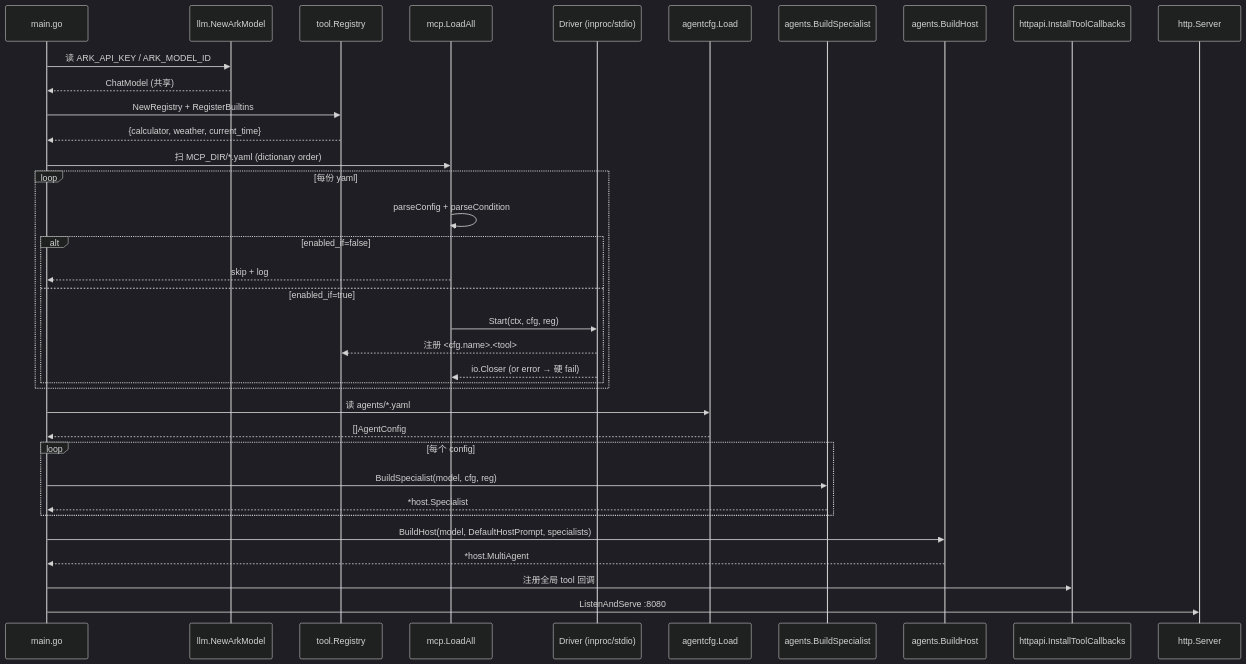
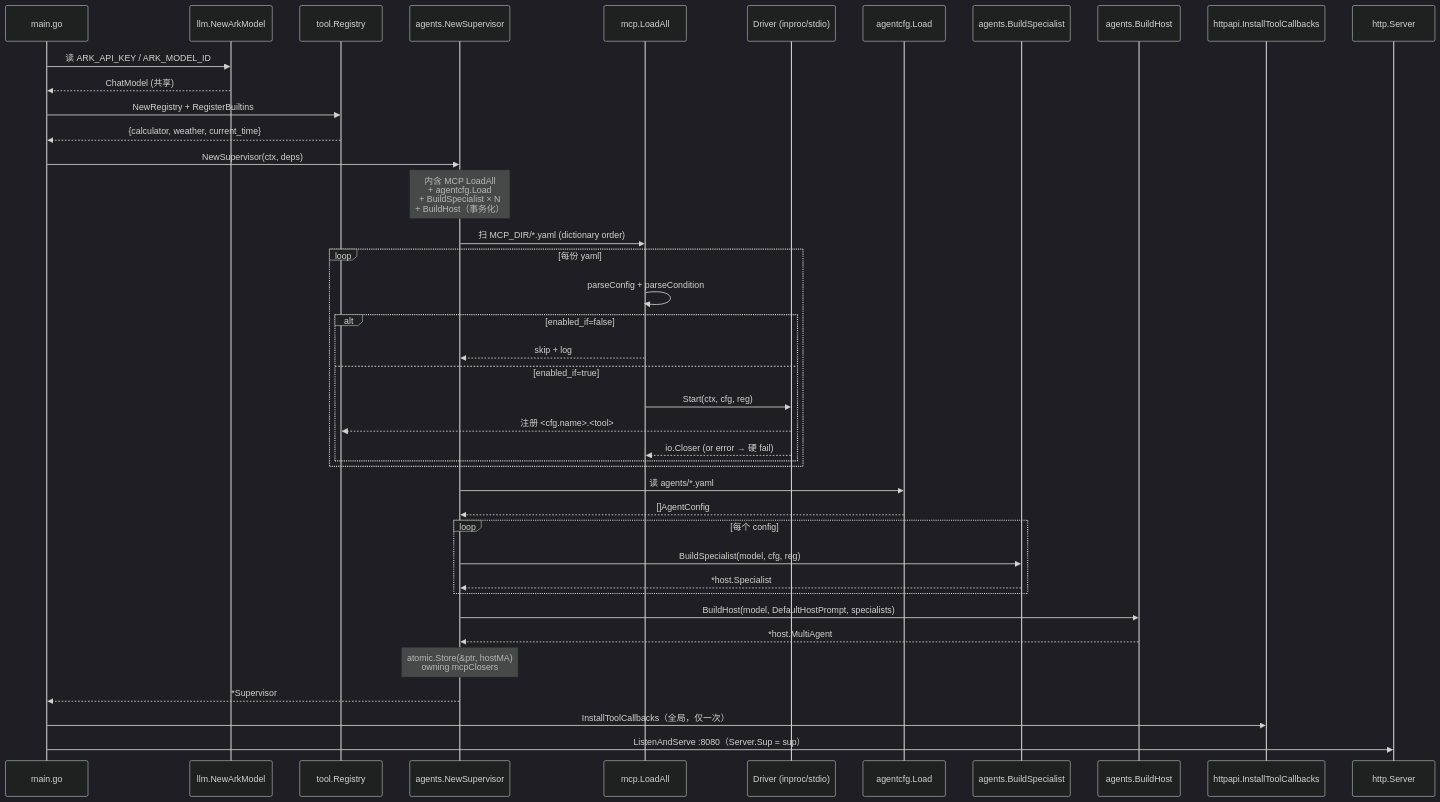
Before and after one commit to mlliu920423-beep/first-agentInK8s: the second of 4 diagrams in ARCHITECTURE.md, drawn with Mermaid (dark theme). The commit also changed other lines of this file and 13 other files, not shown here.

First line of the commit message:
feat(agents): Registry 可变 + Supervisor + Host 原子 swap（phase 2）(#7)

````diff
--- a/ARCHITECTURE.md
+++ b/ARCHITECTURE.md
@@ -111,39 +113,44 @@
 ```mermaid
 sequenceDiagram
   participant M as main.go
   participant LLM as llm.NewArkModel
   participant Reg as tool.Registry
+  participant Sup as agents.NewSupervisor
   participant Loader as mcp.LoadAll
   participant Drv as Driver (inproc/stdio)
   participant Cfg as agentcfg.Load
   participant Build as agents.BuildSpecialist
   participant Host as agents.BuildHost
   participant CB as httpapi.InstallToolCallbacks
   participant HTTP as http.Server
 
   M->>LLM: 读 ARK_API_KEY / ARK_MODEL_ID
   LLM-->>M: ChatModel (共享)
   M->>Reg: NewRegistry + RegisterBuiltins
   Reg-->>M: {calculator, weather, current_time}
-  M->>Loader: 扫 MCP_DIR/*.yaml (dictionary order)
+  M->>Sup: NewSupervisor(ctx, deps)
+  Note over Sup: 内含 MCP LoadAll<br/>+ agentcfg.Load<br/>+ BuildSpecialist × N<br/>+ BuildHost（事务化）
+  Sup->>Loader: 扫 MCP_DIR/*.yaml (dictionary order)
   loop 每份 yaml
     Loader->>Loader: parseConfig + parseCondition
     alt enabled_if=false
-      Loader-->>M: skip + log
+      Loader-->>Sup: skip + log
     else enabled_if=true
       Loader->>Drv: Start(ctx, cfg, reg)
       Drv-->>Reg: 注册 <cfg.name>.<tool>
       Drv-->>Loader: io.Closer (or error → 硬 fail)
     end
   end
-  M->>Cfg: 读 agents/*.yaml
-  Cfg-->>M: []AgentConfig
+  Sup->>Cfg: 读 agents/*.yaml
+  Cfg-->>Sup: []AgentConfig
   loop 每个 config
-    M->>Build: BuildSpecialist(model, cfg, reg)
-    Build-->>M: *host.Specialist
+    Sup->>Build: BuildSpecialist(model, cfg, reg)
+    Build-->>Sup: *host.Specialist
   end
-  M->>Host: BuildHost(model, DefaultHostPrompt, specialists)
-  Host-->>M: *host.MultiAgent
-  M->>CB: 注册全局 tool 回调
-  M->>HTTP: ListenAndServe :8080
+  Sup->>Host: BuildHost(model, DefaultHostPrompt, specialists)
+  Host-->>Sup: *host.MultiAgent
+  Note over Sup: atomic.Store(&ptr, hostMA)<br/>owning mcpClosers
+  Sup-->>M: *Supervisor
+  M->>CB: InstallToolCallbacks（全局，仅一次）
+  M->>HTTP: ListenAndServe :8080（Server.Sup = sup）
 ```
````
